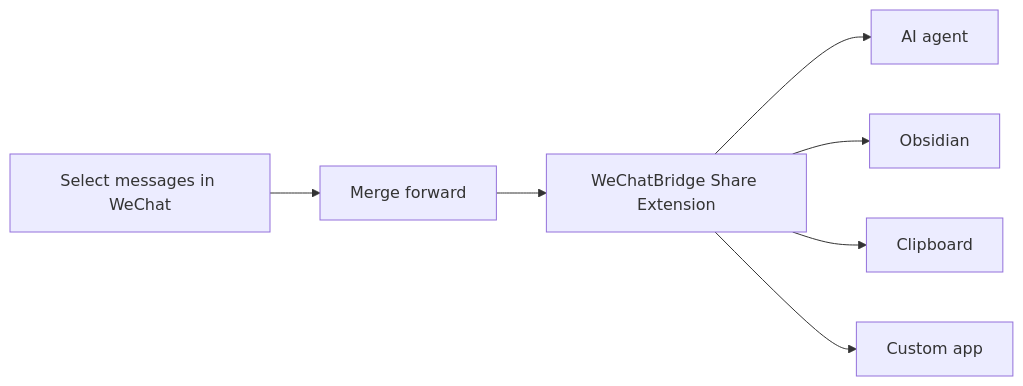
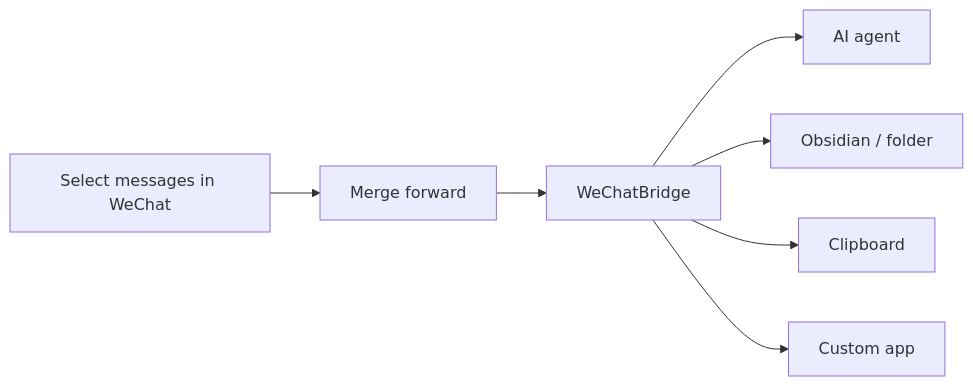
The diagram in README_EN.md (freestylefly/WeChatBridge), drawn with Mermaid before and after one commit. The commit also changed other lines of this file, not shown here.

````diff
--- a/README_EN.md
+++ b/README_EN.md
@@ -28,9 +102,9 @@
 ```mermaid
 flowchart LR
     A[Select messages in WeChat] --> B[Merge forward]
-    B --> C[WeChatBridge Share Extension]
+    B --> C[WeChatBridge]
     C --> D[AI agent]
-    C --> E[Obsidian]
+    C --> E[Obsidian / folder]
     C --> F[Clipboard]
     C --> G[Custom app]
 ```
````
